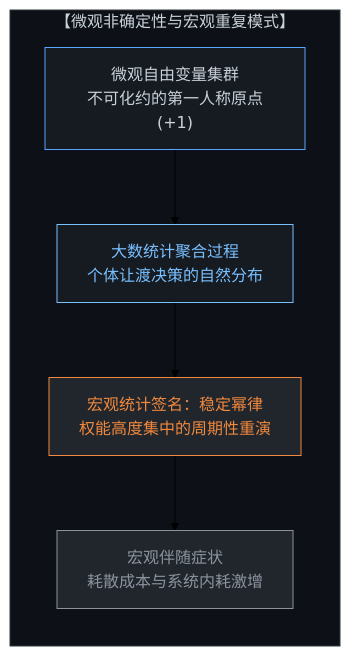
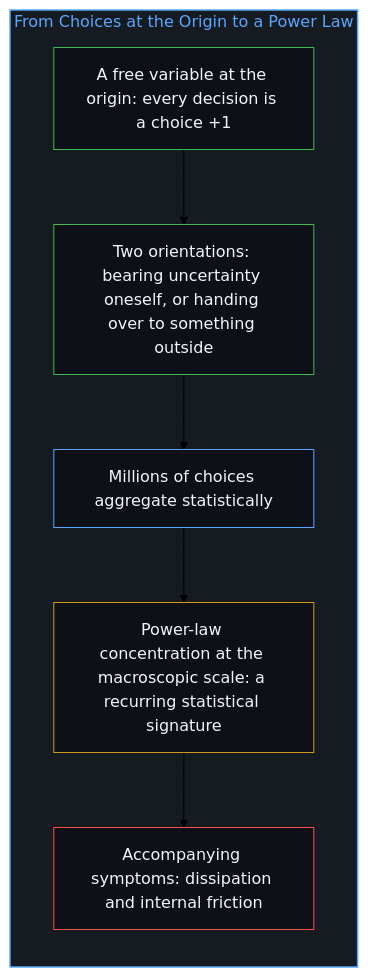
The second of 12 diagrams in content/posts/the-power-law-of-surrendered-agency.md (powerpig99/not-a-toe), drawn with Mermaid (forest theme) before and after one commit. The commit also changed other lines of this file and 2 other files, not shown here.

Commit message:
Refine the-power-law-of-surrendered-agency: alternating bilingual layout, six paired diagrams, implicit first person

````diff
--- a/content/posts/the-power-law-of-surrendered-agency.md
+++ b/content/posts/the-power-law-of-surrendered-agency.md
@@ -48,18 +46,22 @@
 ```mermaid
-graph TD
-    subgraph MicroIndeterminism["【微观非确定性与宏观重复模式】"]
+flowchart TD
+    subgraph S_Signature["From Choices at the Origin to a Power Law"]
         direction TB
-        IndetOrigin["微观自由变量集群<br>不可化约的第一人称原点(+1)"]
-        StatAggregation["大数统计聚合过程<br>个体让渡决策的自然分布"]
-        MacroSignature["宏观统计签名：稳定幂律<br>权能高度集中的周期性重演"]
-        SymptomCost["宏观伴随症状<br>耗散成本与系统内耗激增"]
-        IndetOrigin --> StatAggregation
-        StatAggregation --> MacroSignature
-        MacroSignature --> SymptomCost
+        Origin["A free variable at the origin: every decision is a choice +1"]
+        Branch["Two orientations: bearing uncertainty oneself, or handing over to something outside"]
+        Aggregate["Millions of choices aggregate statistically"]
+        Law["Power-law concentration at the macroscopic scale: a recurring statistical signature"]
+        Symptom["Accompanying symptoms: dissipation and internal friction"]
+        Origin --> Branch
+        Branch --> Aggregate
+        Aggregate --> Law
+        Law --> Symptom
     end
-    style MicroIndeterminism fill:#0d1117,stroke:#30363d,stroke-width:1px,color:#c9d1d9
-    style IndetOrigin fill:#161b22,stroke:#58a6ff,stroke-width:1px,color:#c9d1d9
-    style StatAggregation fill:#161b22,stroke:#79c0ff,stroke-width:1px,color:#79c0ff
-    style MacroSignature fill:#21262d,stroke:#f0883e,color:#f0883e
-    style SymptomCost fill:#21262d,stroke:#8b949e,color:#8b949e
+
+    style S_Signature fill:#161b22,stroke:#58a6ff,stroke-width:1.5px,color:#58a6ff
+    style Origin fill:#0d1117,stroke:#3fb950,stroke-width:1px,color:#f0f6fc
+    style Branch fill:#0d1117,stroke:#3fb950,stroke-width:1px,color:#f0f6fc
+    style Aggregate fill:#0d1117,stroke:#58a6ff,stroke-width:1px,color:#f0f6fc
+    style Law fill:#0d1117,stroke:#d29922,stroke-width:1px,color:#f0f6fc
+    style Symptom fill:#0d1117,stroke:#f85149,stroke-width:1px,color:#f0f6fc
 ```
````
